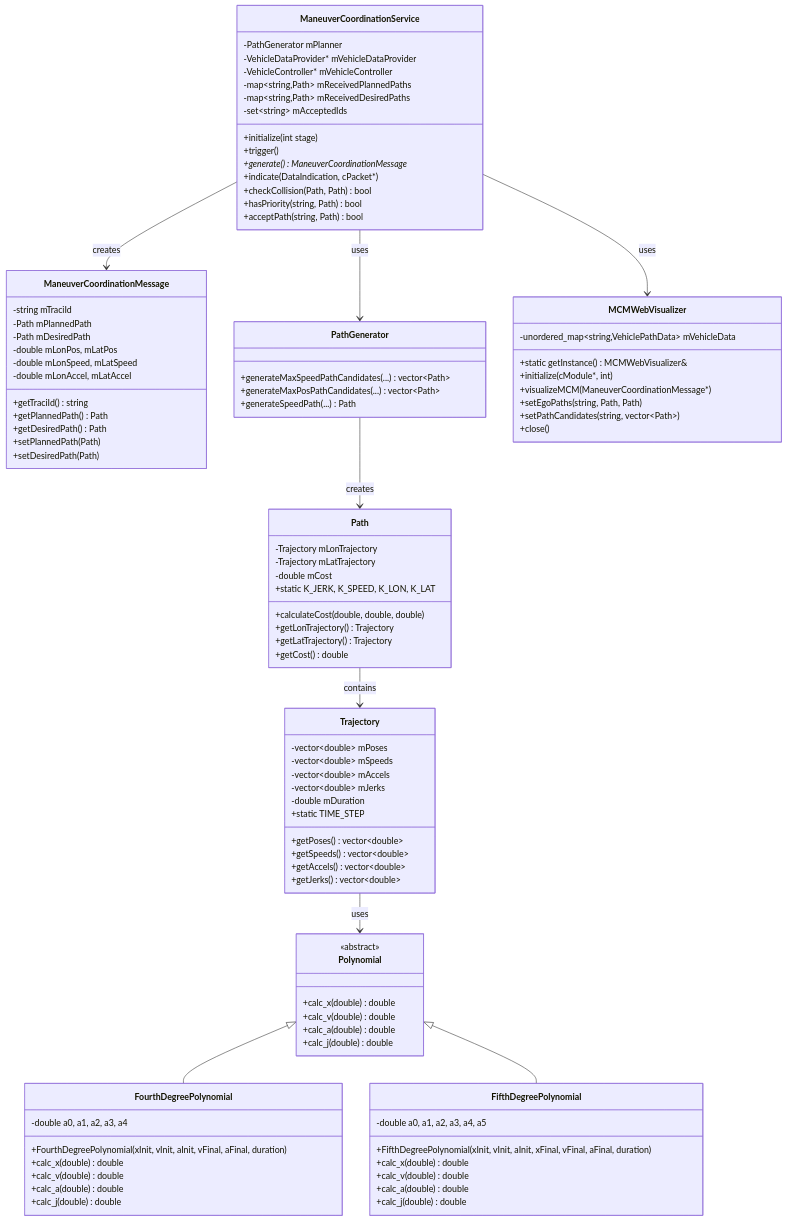
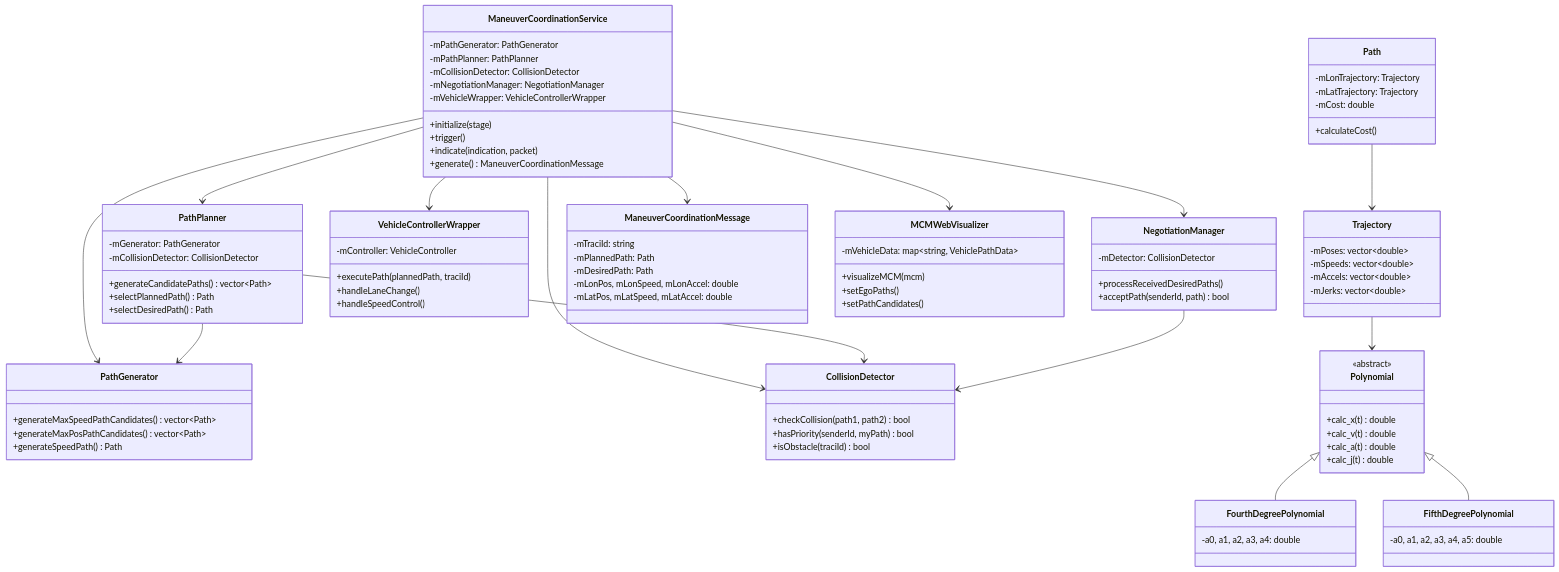
Before and after one commit to n7n788/OpenCV2X: the first of 2 diagrams in README.md, drawn with Mermaid. The commit also changed other lines of this file, not shown here.

````diff
--- a/README.md
+++ b/README.md
@@ -49,107 +20,107 @@
 ```mermaid
 classDiagram
     class ManeuverCoordinationService {
-        -PathGenerator mPlanner
-        -VehicleDataProvider* mVehicleDataProvider
-        -VehicleController* mVehicleController
-        -map~string,Path~ mReceivedPlannedPaths
-        -map~string,Path~ mReceivedDesiredPaths
-        -set~string~ mAcceptedIds
-        +initialize(int stage)
+        -mPathGenerator: PathGenerator
+        -mPathPlanner: PathPlanner
+        -mCollisionDetector: CollisionDetector
+        -mNegotiationManager: NegotiationManager
+        -mVehicleWrapper: VehicleControllerWrapper
+        +initialize(stage)
         +trigger()
-        +generate() ManeuverCoordinationMessage*
-        +indicate(DataIndication, cPacket*)
-        +checkCollision(Path, Path) bool
-        +hasPriority(string, Path) bool
-        +acceptPath(string, Path) bool
+        +indicate(indication, packet)
+        +generate() ManeuverCoordinationMessage
     }
 
-    class ManeuverCoordinationMessage {
-        -string mTraciId
-        -Path mPlannedPath
-        -Path mDesiredPath
-        -double mLonPos, mLatPos
-        -double mLonSpeed, mLatSpeed
-        -double mLonAccel, mLatAccel
-        +getTraciId() string
-        +getPlannedPath() Path
-        +getDesiredPath() Path
-        +setPlannedPath(Path)
-        +setDesiredPath(Path)
+    class PathPlanner {
+        -mGenerator: PathGenerator
+        -mCollisionDetector: CollisionDetector
+        +generateCandidatePaths() vector~Path~
+        +selectPlannedPath() Path
+        +selectDesiredPath() Path
     }
 
     class PathGenerator {
-        +generateMaxSpeedPathCandidates(...) vector~Path~
-        +generateMaxPosPathCandidates(...) vector~Path~
-        +generateSpeedPath(...) Path
+        +generateMaxSpeedPathCandidates() vector~Path~
+        +generateMaxPosPathCandidates() vector~Path~
+        +generateSpeedPath() Path
+    }
+
+    class CollisionDetector {
+        +checkCollision(path1, path2) bool
+        +hasPriority(senderId, myPath) bool
+        +isObstacle(traciId) bool
+    }
+
+    class NegotiationManager {
+        -mDetector: CollisionDetector
+        +processReceivedDesiredPaths()
+        +acceptPath(senderId, path) bool
+    }
+
+    class VehicleControllerWrapper {
+        -mController: VehicleController
+        +executePath(plannedPath, traciId)
+        +handleLaneChange()
+        +handleSpeedControl()
     }
 
     class Path {
-        -Trajectory mLonTrajectory
-        -Trajectory mLatTrajectory
-        -double mCost
-        +static K_JERK, K_SPEED, K_LON, K_LAT
-        +calculateCost(double, double, double)
-        +getLonTrajectory() Trajectory
-        +getLatTrajectory() Trajectory
-        +getCost() double
+        -mLonTrajectory: Trajectory
+        -mLatTrajectory: Trajectory
+        -mCost: double
+        +calculateCost()
     }
 
     class Trajectory {
-        -vector~double~ mPoses
-        -vector~double~ mSpeeds
-        -vector~double~ mAccels
-        -vector~double~ mJerks
-        -double mDuration
-        +static TIME_STEP
-        +getPoses() vector~double~
-        +getSpeeds() vector~double~
-        +getAccels() vector~double~
-        +getJerks() vector~double~
+        -mPoses: vector~double~
+        -mSpeeds: vector~double~
+        -mAccels: vector~double~
+        -mJerks: vector~double~
     }
 
     class Polynomial {
         <<abstract>>
-        +calc_x(double) double
-        +calc_v(double) double
-        +calc_a(double) double
-        +calc_j(double) double
+        +calc_x(t) double
+        +calc_v(t) double
+        +calc_a(t) double
+        +calc_j(t) double
     }
 
     class FourthDegreePolynomial {
-        -double a0, a1, a2, a3, a4
-        +FourthDegreePolynomial(xInit, vInit, aInit, vFinal, aFinal, duration)
-        +calc_x(double) double
-        +calc_v(double) double
-        +calc_a(double) double
-        +calc_j(double) double
+        -a0, a1, a2, a3, a4: double
     }
 
     class FifthDegreePolynomial {
-        -double a0, a1, a2, a3, a4, a5
-        +FifthDegreePolynomial(xInit, vInit, aInit, xFinal, vFinal, aFinal, duration)
-        +calc_x(double) double
-        +calc_v(double) double
-        +calc_a(double) double
-        +calc_j(double) double
+        -a0, a1, a2, a3, a4, a5: double
+    }
+
+    class ManeuverCoordinationMessage {
+        -mTraciId: string
+        -mPlannedPath: Path
+        -mDesiredPath: Path
+        -mLonPos, mLonSpeed, mLonAccel: double
+        -mLatPos, mLatSpeed, mLatAccel: double
     }
 
     class MCMWebVisualizer {
-        -unordered_map~string,VehiclePathData~ mVehicleData
-        +static getInstance() MCMWebVisualizer&
-        +initialize(cModule*, int)
-        +visualizeMCM(ManeuverCoordinationMessage*)
-        +setEgoPaths(string, Path, Path)
-        +setPathCandidates(string, vector~Path~)
-        +close()
+        -mVehicleData: map~string, VehiclePathData~
+        +visualizeMCM(mcm)
+        +setEgoPaths()
+        +setPathCandidates()
     }
 
-    ManeuverCoordinationService --> ManeuverCoordinationMessage : creates
-    ManeuverCoordinationService --> PathGenerator : uses
-    ManeuverCoordinationService --> MCMWebVisualizer : uses
-    PathGenerator --> Path : creates
-    Path --> Trajectory : contains
-    Trajectory --> Polynomial : uses
+    ManeuverCoordinationService --> PathPlanner
+    ManeuverCoordinationService --> PathGenerator
+    ManeuverCoordinationService --> CollisionDetector
+    ManeuverCoordinationService --> NegotiationManager
+    ManeuverCoordinationService --> VehicleControllerWrapper
+    ManeuverCoordinationService --> MCMWebVisualizer
+    PathPlanner --> PathGenerator
+    PathPlanner --> CollisionDetector
+    NegotiationManager --> CollisionDetector
+    Path --> Trajectory
+    Trajectory --> Polynomial
     Polynomial <|-- FourthDegreePolynomial
     Polynomial <|-- FifthDegreePolynomial
+    ManeuverCoordinationService --> ManeuverCoordinationMessage
 ```
````
